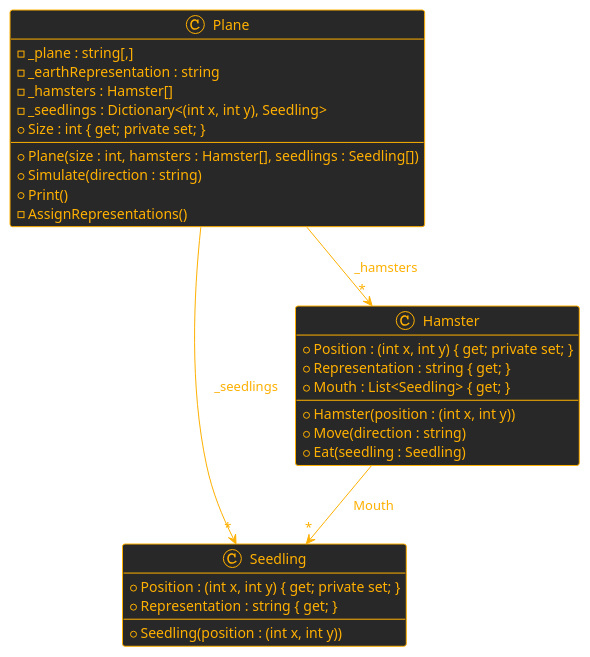
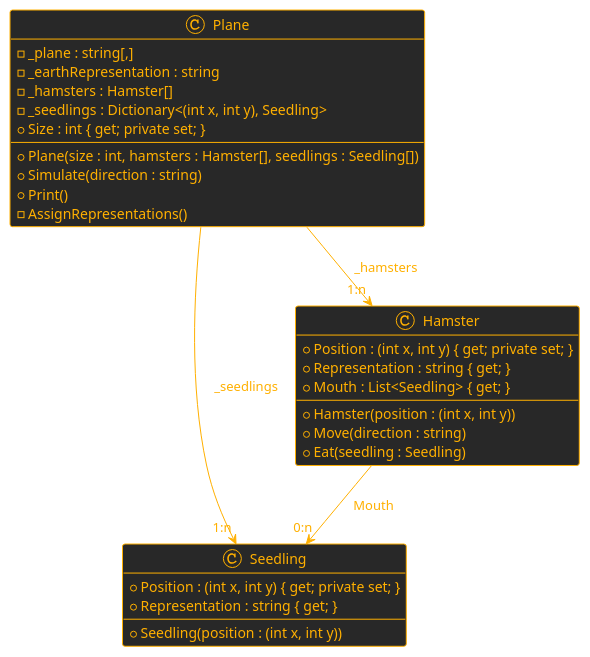
One commit to MrStrelow/HTL-POS changed the diagram in JahrGang2/L04-KlassenUndObjekte/Aufgabe05-Hamster-v2/Angabe.md. Above: the diagram before and after it, drawn with PlantUML. The commit also changed 8 other files, not shown here.

````diff
--- a/JahrGang2/L04-KlassenUndObjekte/Aufgabe05-Hamster-v2/Angabe.md
+++ b/JahrGang2/L04-KlassenUndObjekte/Aufgabe05-Hamster-v2/Angabe.md
@@ -35,40 +35,40 @@
 ```plantuml {align="center"}
 @startuml
 !theme crt-amber
 skinparam backgroundColor transparent
 
 class Seedling {
   + Position : (int x, int y) { get; private set; }
   + Representation : string { get; }
   --
   + Seedling(position : (int x, int y))
 }
 
 class Hamster {
   + Position : (int x, int y) { get; private set; }
   + Representation : string { get; }
   + Mouth : List<Seedling> { get; }
   --
   + Hamster(position : (int x, int y))
   + Move(direction : string)
   + Eat(seedling : Seedling)
 }
 
 class Plane {
   - _plane : string[,]
   - _earthRepresentation : string
   - _hamsters : Hamster[]
   - _seedlings : Dictionary<(int x, int y), Seedling>
   + Size : int { get; private set; }
   --
   + Plane(size : int, hamsters : Hamster[], seedlings : Seedling[])
   + Simulate(direction : string)
   + Print()
   - AssignRepresentations()
 }
 
-Plane --> "*" Hamster : "  _hamsters"
-Plane --> "*" Seedling : "  _seedlings"
-Hamster --> "*" Seedling : "  Mouth"
+Plane --> "1:n" Hamster : "  _hamsters"
+Plane --> "1:n" Seedling : "  _seedlings"
+Hamster --> "0:n" Seedling : "  Mouth"
 @enduml
 ```
````
